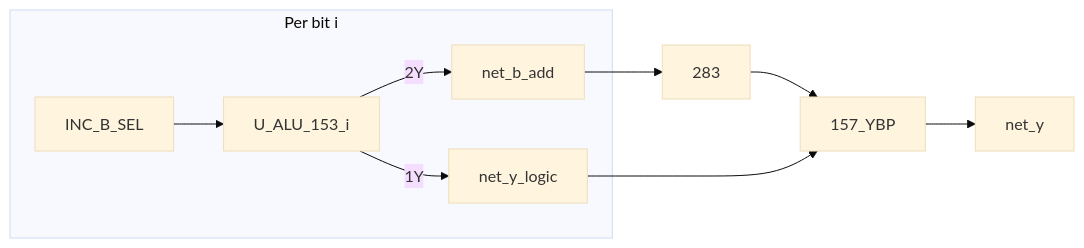
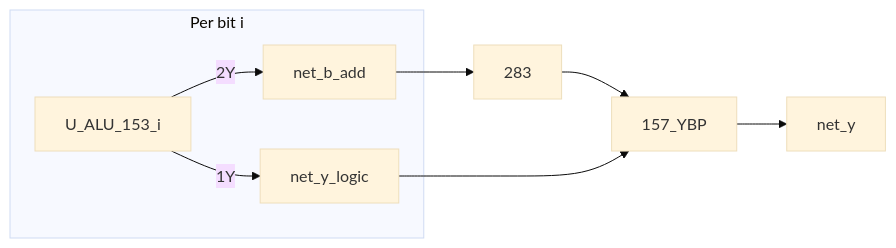
Before and after one commit to Flkalas/plover: the diagram in docs/normative/hardware/alu8-phase-b.md, drawn with Mermaid (base theme). The commit also changed other lines of this file and 5 other files, not shown here.

````diff
--- a/docs/normative/hardware/alu8-phase-b.md
+++ b/docs/normative/hardware/alu8-phase-b.md
@@ -24,14 +23,12 @@
 ```mermaid
 flowchart LR
   subgraph perbit [Per bit i]
-    INC[INC_B_SEL]
     BIT[U_ALU_153_i]
-    INC --> BIT
     BIT -->|1Y| Ylogic[net_y_logic]
     BIT -->|2Y| Badd[net_b_add]
   end
   Badd --> ADD[283]
   ADD --> YBP[157_YBP]
   Ylogic --> YBP
   YBP --> Y[net_y]
 ```
````
